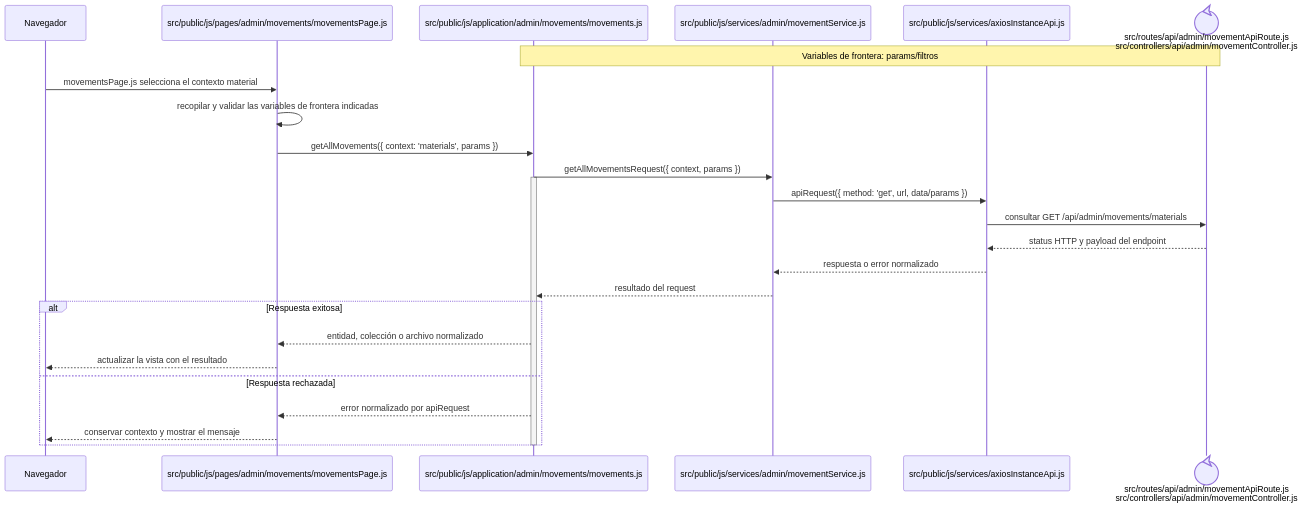
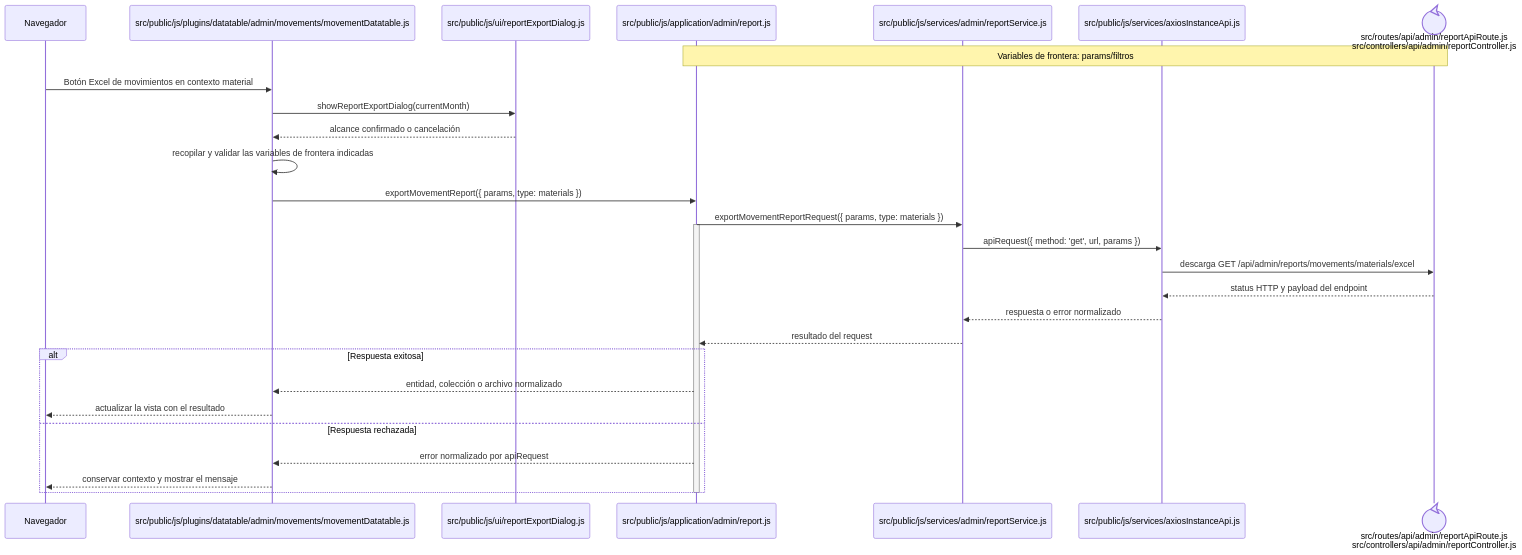
The diagram in docs/architecture/frontend-code-sequences/catalogs/cu-cat-08.md (gpgsistemas01/nexus), drawn with Mermaid before and after one commit. The commit also changed other lines of this file and 207 other files, not shown here.

````diff
--- a/docs/architecture/frontend-code-sequences/catalogs/cu-cat-08.md
+++ b/docs/architecture/frontend-code-sequences/catalogs/cu-cat-08.md
@@ -6,29 +6,32 @@
 ```mermaid
 sequenceDiagram
     participant Browser as Navegador
-    participant View as src/public/js/pages/admin/movements/movementsPage.js
-    participant Application as src/public/js/application/admin/movements/movements.js
-    participant Request as src/public/js/services/admin/movementService.js
+    participant View as src/public/js/plugins/datatable/admin/movements/movementDatatable.js
+    participant Dialog as src/public/js/ui/reportExportDialog.js
+    participant Application as src/public/js/application/admin/report.js
+    participant Request as src/public/js/services/admin/reportService.js
     participant HTTP as src/public/js/services/axiosInstanceApi.js
-    participant Transport@{ "type": "control" } as src/routes/api/admin/movementApiRoute.js<br/>src/controllers/api/admin/movementController.js
+    participant Transport@{ "type": "control" } as src/routes/api/admin/reportApiRoute.js<br/>src/controllers/api/admin/reportController.js
     Note over Application,Transport: Variables de frontera: params/filtros
 
-    Browser->>View: movementsPage.js selecciona el contexto material
+    Browser->>View: Botón Excel de movimientos en contexto material
+    View->>Dialog: showReportExportDialog(currentMonth)
+    Dialog-->>View: alcance confirmado o cancelación
     View->>View: recopilar y validar las variables de frontera indicadas
-    View->>Application: getAllMovements({ context: 'materials', params })
-    Application->>Request: getAllMovementsRequest({ context, params })
+    View->>Application: exportMovementReport({ params, type: materials })
+    Application->>Request: exportMovementReportRequest({ params, type: materials })
     activate Application
-    Request->>HTTP: apiRequest({ method: 'get', url, data/params })
-    HTTP->>Transport: consultar GET /api/admin/movements/materials
+    Request->>HTTP: apiRequest({ method: 'get', url, params })
+    HTTP->>Transport: descarga GET /api/admin/reports/movements/materials/excel
     Transport-->>HTTP: status HTTP y payload del endpoint
     HTTP-->>Request: respuesta o error normalizado
     Request-->>Application: resultado del request
     alt Respuesta exitosa
         Application-->>View: entidad, colección o archivo normalizado
         View-->>Browser: actualizar la vista con el resultado
     else Respuesta rechazada
         Application-->>View: error normalizado por apiRequest
         View-->>Browser: conservar contexto y mostrar el mensaje
     end
     deactivate Application
 ```
````
